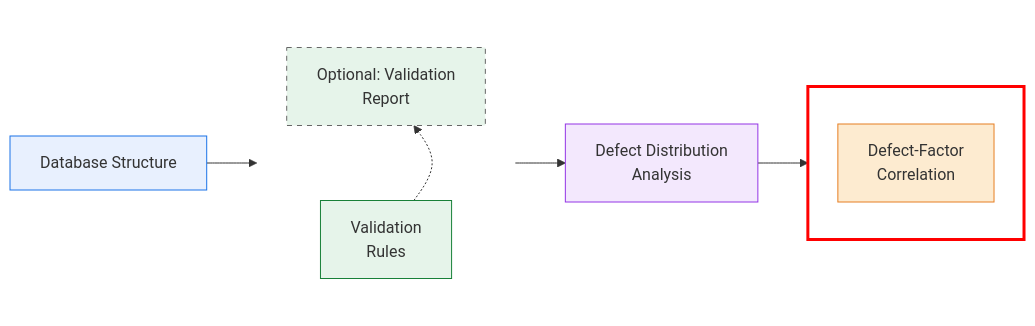
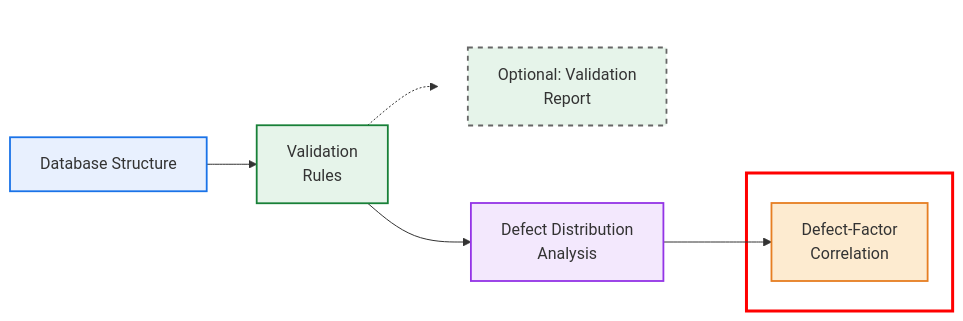
Before and after one commit to SewerDefectAnalysis/Defect_Factor_Interaction: the diagram in README.md, drawn with Mermaid.

Commit message:
Revise README for project overview and structure
Updated project overview and code structure in README.

````diff
--- a/README.md
+++ b/README.md
@@ -7,54 +7,41 @@
 ```mermaid
-%%{init: {'flowchart': {'nodeSpacing': 40, 'rankSpacing': 50}}}%%
 %%{init: {'flowchart': {'nodeSpacing': 40, 'rankSpacing': 50}}}%%
 flowchart LR
 
-    A[Database Structure]:::data
+    A[Database Structure]:::data --> B[Validation<br/>Rules]:::validation
+    B --> D[Defect Distribution<br/>Analysis]:::analysis
+    D --> E[Defect-Factor<br/>Correlation]:::analysisP2
 
-    subgraph validationColumn[ ]
+    %% Optional branch BELOW
+    subgraph optional_branch[ ]
         direction TB
         C[Optional: Validation<br/>Report]:::optional
-        B[Validation<br/>Rules]:::validation
-
-        C ~~~ B
     end
-
-    D[Defect Distribution<br/>Analysis]:::analysis
-
-    subgraph boxE[ ]
-        direction TB
-        E[Defect-Factor<br/>Correlation]:::analysisP2
-    end
-
-    %% Main workflow
-    A --> B
-    B --> D
-    D --> E
-
-    %% Optional connection
-    B -.-> C
-
-    %% Remove border around the positioning subgraph
-    style validationColumn fill:none,stroke:none
+    style optional_branch fill:none,stroke:none
 
     %% Red box around E
-    style boxE stroke:#FF0000,stroke-width:3px,fill:none
-
+    subgraph stage1[ ]
+        E
+    end
+ 
+    style stage1 stroke:#FF0000,stroke-width:3px,fill:none
+    B -.-> C
 
     %% Click links
     click A "https://github.com/SewerDefectAnalysis/Database_Structure"
     click B "https://github.com/SewerDefectAnalysis/Data_validation"
     click C "https://github.com/SewerDefectAnalysis/Data_validation"
     click D "https://github.com/SewerDefectAnalysis/Defect_description"
     click E "https://github.com/SewerDefectAnalysis/Defect_Factor_Correlation"
 
+    %% Styles
+    classDef data fill:#E8F0FE,stroke:#1A73E8,stroke-width:1.8px
+    classDef validation fill:#E6F4EA,stroke:#188038,stroke-width:1.8px
+    classDef analysis fill:#F3E8FD,stroke:#9334E6,stroke-width:1.8px
+    classDef analysisP2 fill:#FDEBD0,stroke:#E67E22,stroke-width:1.8px
+    classDef prediction fill:#FEF7E0,stroke:#F9AB00,stroke-width:1.8px
+    classDef optional fill:#E6F4EA,stroke:#666666,stroke-width:1.8px,stroke-dasharray: 5 5
 
-    %% Styles
-    classDef data fill:#E8F0FE,stroke:#1A73E8
-    classDef validation fill:#E6F4EA,stroke:#188038
-    classDef analysis fill:#F3E8FD,stroke:#9334E6
-    classDef analysisP2 fill:#FDEBD0,stroke:#E67E22
-    classDef optional fill:#E6F4EA,stroke:#666666,stroke-dasharray:5 5
 
 
 ```
````
